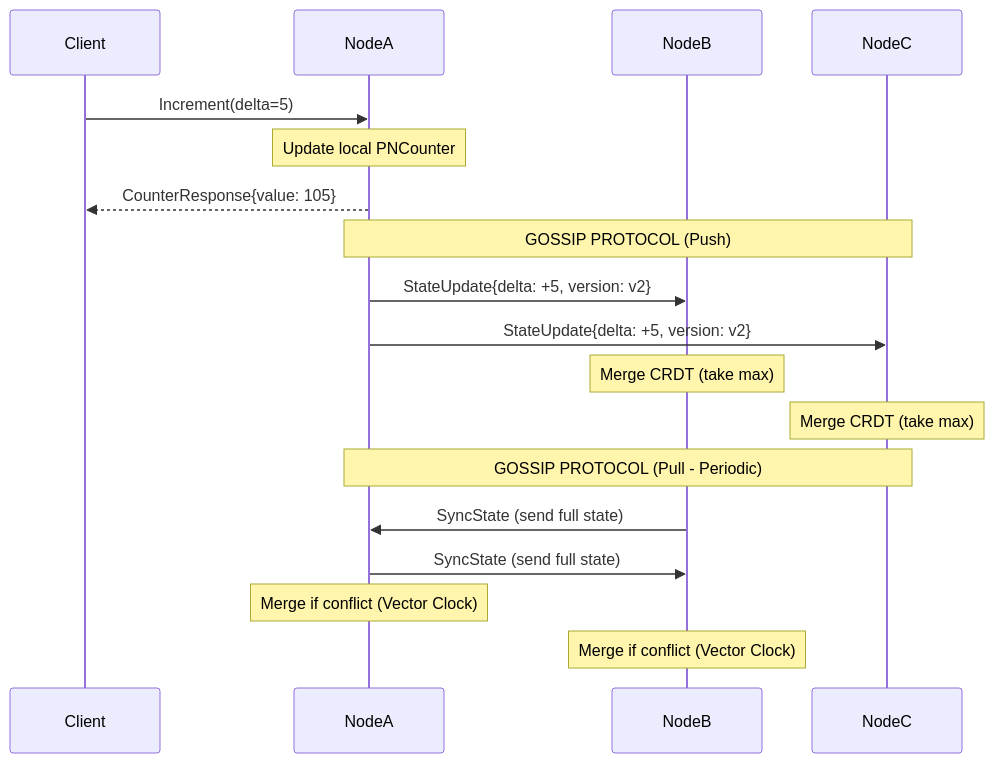
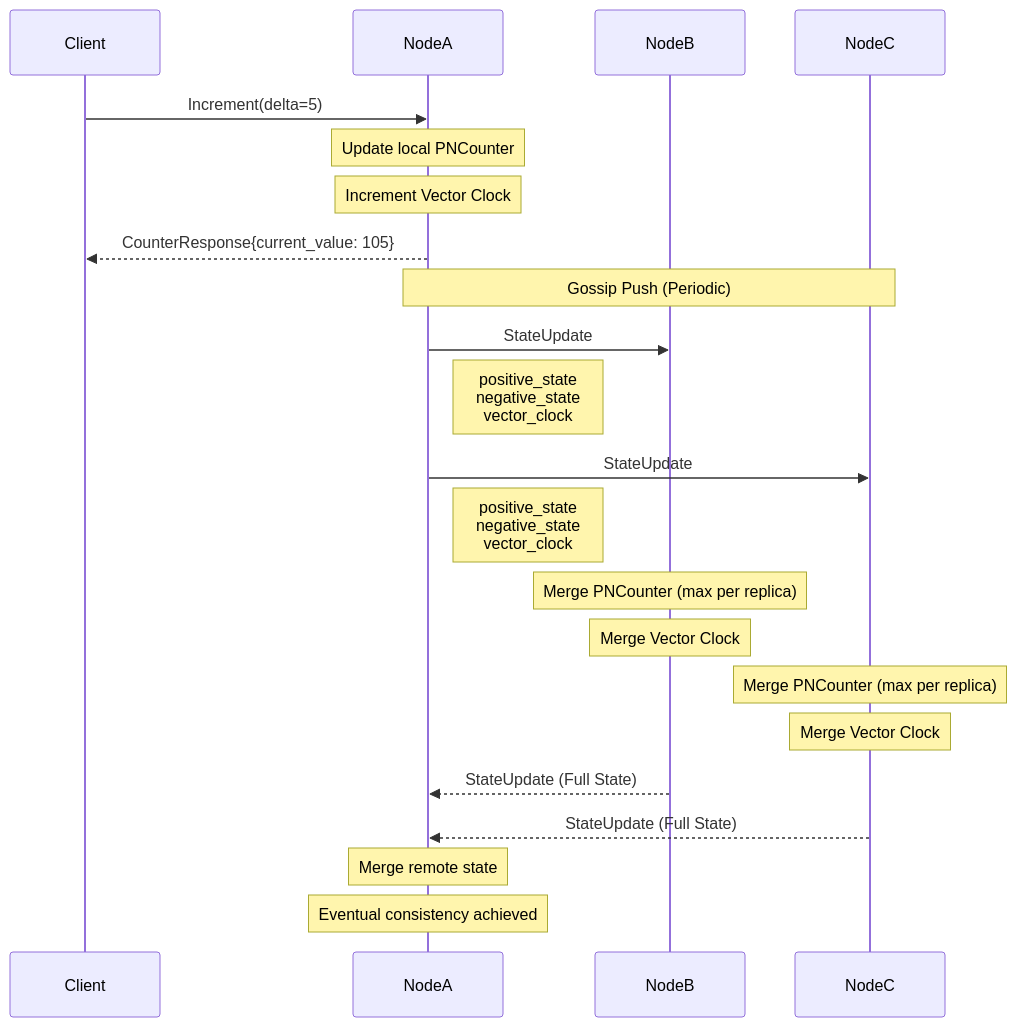
Before and after one commit to VeryFach/distributed-counter: the second of 4 diagrams in README.md, drawn with Mermaid. The commit also changed other lines of this file and 14 other files, not shown here.

Commit message:
refactor gossip and CRDT synchronization architecture

````diff
--- a/README.md
+++ b/README.md
@@ -60,25 +60,34 @@
 ```mermaid
 sequenceDiagram
     participant Client
     participant NodeA
     participant NodeB
     participant NodeC
 
     Client->>NodeA: Increment(delta=5)
+
     Note over NodeA: Update local PNCounter
-    NodeA-->>Client: CounterResponse{value: 105}
-    
-    Note over NodeA,NodeC: GOSSIP PROTOCOL (Push)
-    NodeA->>NodeB: StateUpdate{delta: +5, version: v2}
-    NodeA->>NodeC: StateUpdate{delta: +5, version: v2}
-    
-    Note over NodeB: Merge CRDT (take max)
-    Note over NodeC: Merge CRDT (take max)
-    
-    Note over NodeA,NodeC: GOSSIP PROTOCOL (Pull - Periodic)
-    NodeB->>NodeA: SyncState (send full state)
-    NodeA->>NodeB: SyncState (send full state)
-    
-    Note over NodeA: Merge if conflict (Vector Clock)
-    Note over NodeB: Merge if conflict (Vector Clock)
+    Note over NodeA: Increment Vector Clock
+
+    NodeA-->>Client: CounterResponse{current_value: 105}
+
+    Note over NodeA,NodeC: Gossip Push (Periodic)
+
+    NodeA->>NodeB: StateUpdate
+    Note right of NodeA: positive_state<br/>negative_state<br/>vector_clock
+
+    NodeA->>NodeC: StateUpdate
+    Note right of NodeA: positive_state<br/>negative_state<br/>vector_clock
+
+    Note over NodeB: Merge PNCounter (max per replica)
+    Note over NodeB: Merge Vector Clock
+
+    Note over NodeC: Merge PNCounter (max per replica)
+    Note over NodeC: Merge Vector Clock
+
+    NodeB-->>NodeA: StateUpdate (Full State)
+    NodeC-->>NodeA: StateUpdate (Full State)
+
+    Note over NodeA: Merge remote state
+    Note over NodeA: Eventual consistency achieved
 ```
````
